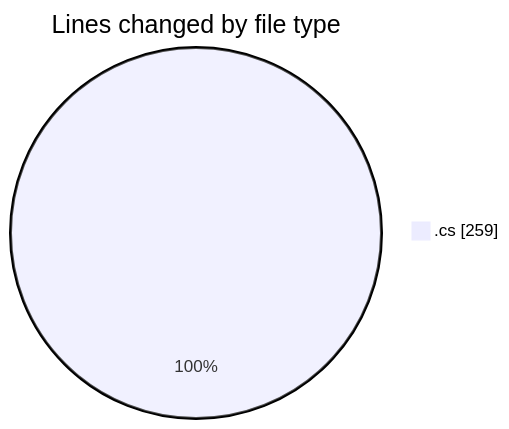
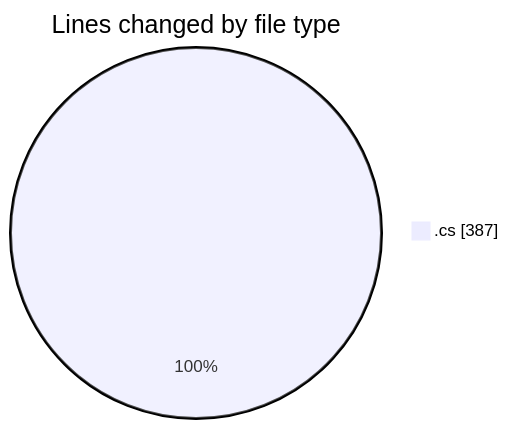
Before and after one commit to Netris89/code-tracking: the first of 2 diagrams in 2025-03-13/back-end/README.md, drawn with Mermaid. The commit also changed other lines of this file and 1 other file, not shown here.

````diff
--- a/2025-03-13/back-end/README.md
+++ b/2025-03-13/back-end/README.md
@@ -22,5 +23,5 @@
 ```mermaid
 pie showData
 title Lines changed by file type
-".cs" : 259
+".cs" : 387
 ```
````
